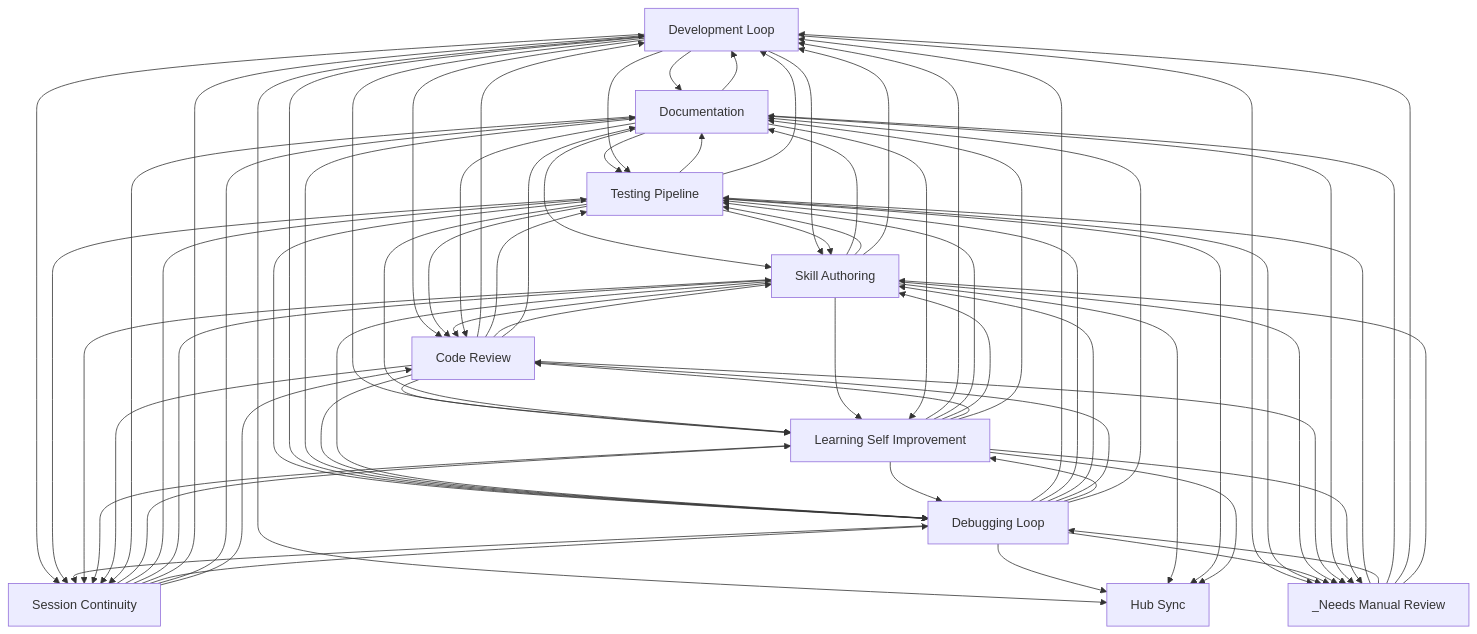
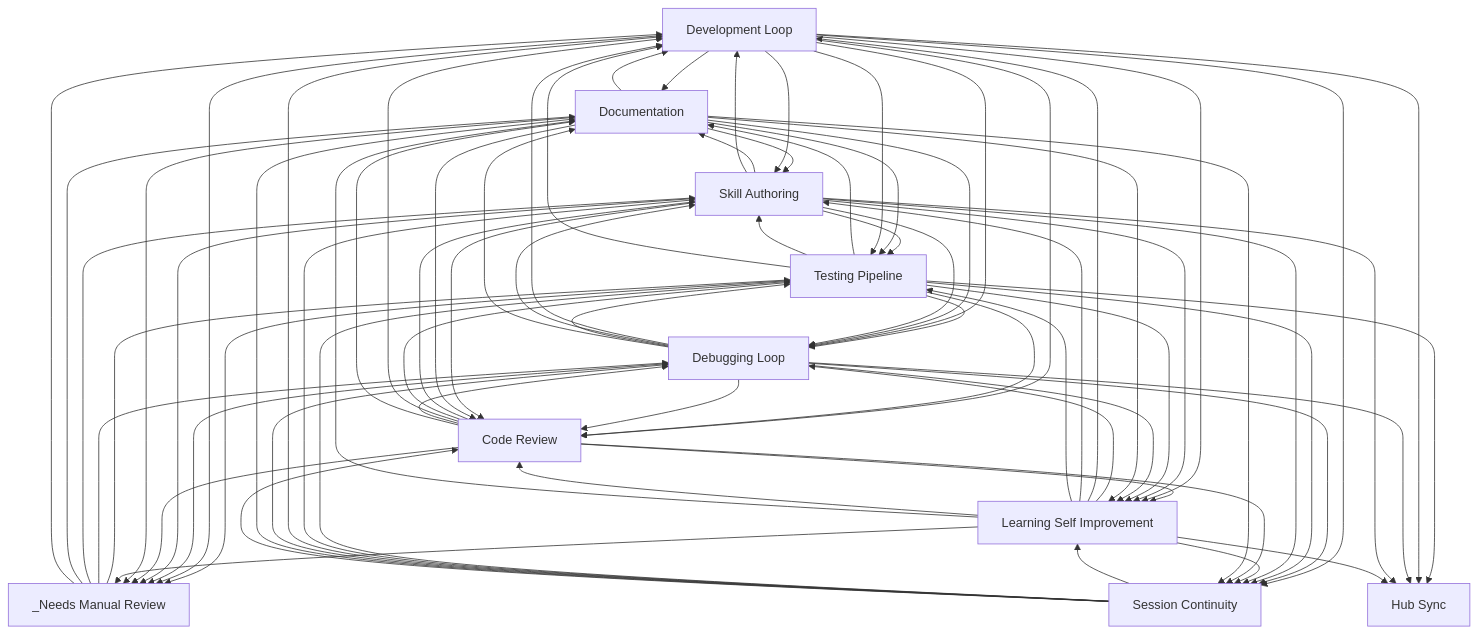
One commit to abhayla/claude-best-practices changed the diagram in docs/workflows/INDEX.md. Above: the diagram before and after it, drawn with Mermaid. The commit also changed other lines of this file and 12 other files, not shown here.

```diff
--- a/docs/workflows/INDEX.md
+++ b/docs/workflows/INDEX.md
@@ -31,65 +31,66 @@
     documentation[Documentation]
     hub_sync[Hub Sync]
     _needs_manual_review[_Needs Manual Review]
+    skill_authoring --> documentation
+    testing_pipeline --> documentation
     development_loop --> documentation
-    testing_pipeline --> documentation
-    skill_authoring --> documentation
+    skill_authoring --> testing_pipeline
+    documentation --> skill_authoring
     documentation --> testing_pipeline
-    documentation --> skill_authoring
+    testing_pipeline --> skill_authoring
+    development_loop --> skill_authoring
     development_loop --> testing_pipeline
-    development_loop --> skill_authoring
-    testing_pipeline --> skill_authoring
-    skill_authoring --> testing_pipeline
+    code_review --> skill_authoring
+    code_review --> testing_pipeline
+    code_review --> development_loop
     development_loop --> code_review
-    code_review --> development_loop
-    code_review --> testing_pipeline
-    code_review --> skill_authoring
+    code_review --> learning_self_improvement
     development_loop --> learning_self_improvement
-    code_review --> learning_self_improvement
+    testing_pipeline --> debugging_loop
     testing_pipeline --> development_loop
-    testing_pipeline --> debugging_loop
     testing_pipeline --> code_review
     debugging_loop --> development_loop
+    debugging_loop --> skill_authoring
     debugging_loop --> testing_pipeline
-    debugging_loop --> skill_authoring
     debugging_loop --> code_review
     development_loop --> debugging_loop
     documentation --> development_loop
+    skill_authoring --> code_review
     skill_authoring --> development_loop
-    skill_authoring --> code_review
+    skill_authoring --> learning_self_improvement
     testing_pipeline --> learning_self_improvement
-    skill_authoring --> learning_self_improvement
+    testing_pipeline --> _needs_manual_review
     development_loop --> _needs_manual_review
-    testing_pipeline --> _needs_manual_review
     documentation --> debugging_loop
     documentation --> code_review
     code_review --> debugging_loop
     code_review --> documentation
-    development_loop --> session_continuity
     session_continuity --> learning_self_improvement
     session_continuity --> testing_pipeline
+    development_loop --> session_continuity
     _needs_manual_review --> testing_pipeline
-    testing_pipeline --> session_continuity
     debugging_loop --> learning_self_improvement
     debugging_loop --> session_continuity
+    testing_pipeline --> session_continuity
     debugging_loop --> documentation
+    testing_pipeline --> hub_sync
+    development_loop --> hub_sync
     documentation --> learning_self_improvement
     skill_authoring --> session_continuity
     skill_authoring --> debugging_loop
     _needs_manual_review --> debugging_loop
+    learning_self_improvement --> debugging_loop
     learning_self_improvement --> development_loop
+    learning_self_improvement --> skill_authoring
     learning_self_improvement --> testing_pipeline
-    learning_self_improvement --> debugging_loop
-    learning_self_improvement --> skill_authoring
     learning_self_improvement --> code_review
-    development_loop --> hub_sync
     debugging_loop --> hub_sync
     debugging_loop --> _needs_manual_review
     skill_authoring --> _needs_manual_review
     code_review --> _needs_manual_review
+    _needs_manual_review --> skill_authoring
     _needs_manual_review --> documentation
     _needs_manual_review --> development_loop
-    _needs_manual_review --> skill_authoring
     learning_self_improvement --> session_continuity
     code_review --> session_continuity
     documentation --> _needs_manual_review
@@ -100,7 +101,6 @@
     session_continuity --> documentation
     session_continuity --> code_review
     skill_authoring --> hub_sync
-    testing_pipeline --> hub_sync
     learning_self_improvement --> hub_sync
     learning_self_improvement --> _needs_manual_review
     documentation --> session_continuity
```
